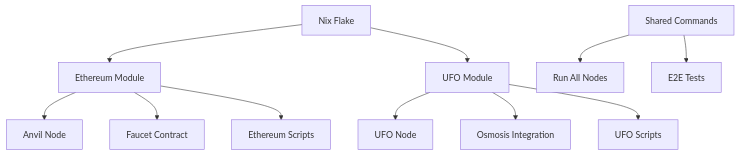
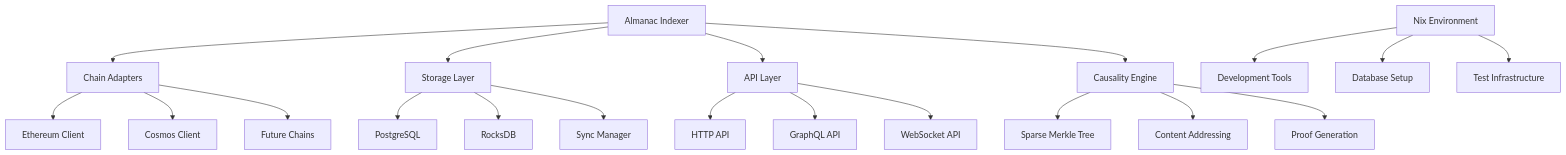
One commit to timewave-computer/almanac changed the first of 6 diagrams in docs/arch_000_node_env.md. Above: the diagram before and after it, drawn with Mermaid. The commit also changed other lines of this file and 80 other files, not shown here.

Commit message:
sql queries from abi/schema + cli commands

````diff
--- a/docs/arch_000_node_env.md
+++ b/docs/arch_000_node_env.md
@@ -15,16 +18,27 @@
 ```mermaid
 graph TD
-    A[Nix Flake] --> B[Ethereum Module]
-    A --> C[UFO Module]
+    A[Almanac Indexer] --> B[Chain Adapters]
+    A --> C[Storage Layer]
+    A --> D[API Layer]
+    A --> E[Causality Engine]
     
-    B --> D[Anvil Node]
-    B --> E[Faucet Contract]
-    B --> F[Ethereum Scripts]
+    B --> F[Ethereum Client]
+    B --> G[Cosmos Client]
+    B --> H[Future Chains]
     
-    C --> G[UFO Node]
-    C --> H[Osmosis Integration]
-    C --> I[UFO Scripts]
+    C --> I[PostgreSQL]
+    C --> J[RocksDB]
+    C --> K[Sync Manager]
     
-    J[Shared Commands] --> K[Run All Nodes]
-    J --> L[E2E Tests]
+    D --> L[HTTP API]
+    D --> M[GraphQL API]
+    D --> N[WebSocket API]
+    
+    E --> O[Sparse Merkle Tree]
+    E --> P[Content Addressing]
+    E --> Q[Proof Generation]
+    
+    R[Nix Environment] --> S[Development Tools]
+    R --> T[Database Setup]
+    R --> U[Test Infrastructure]
 ```
````
